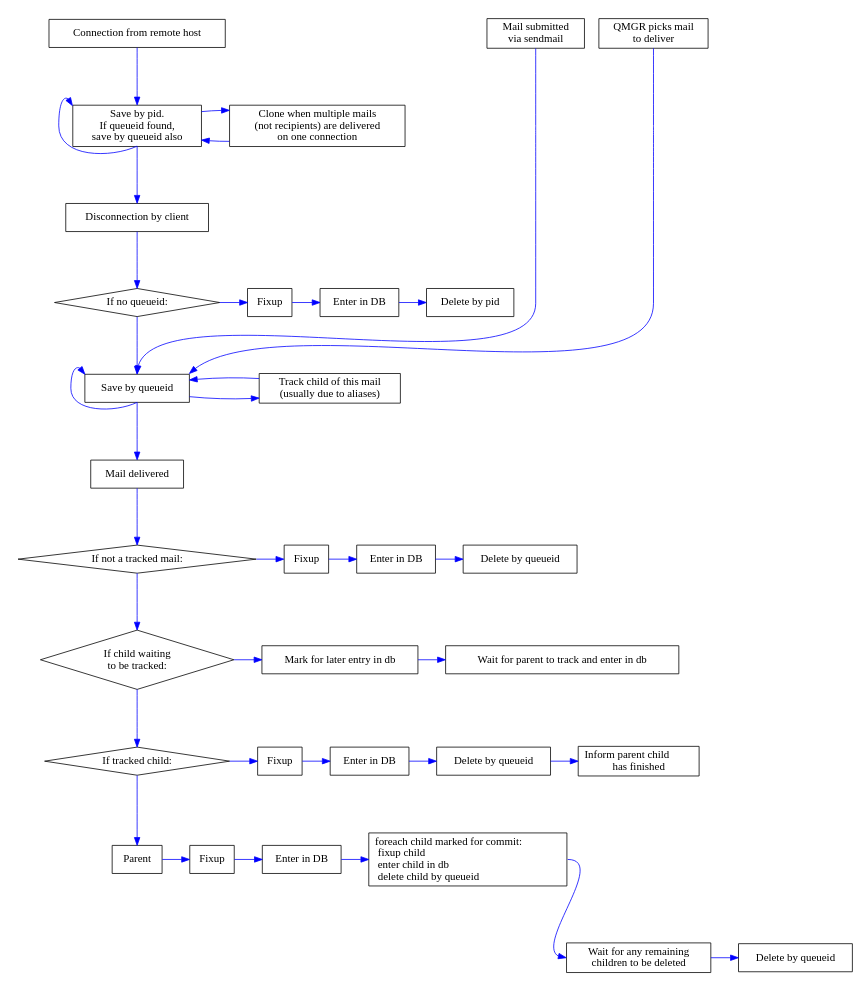
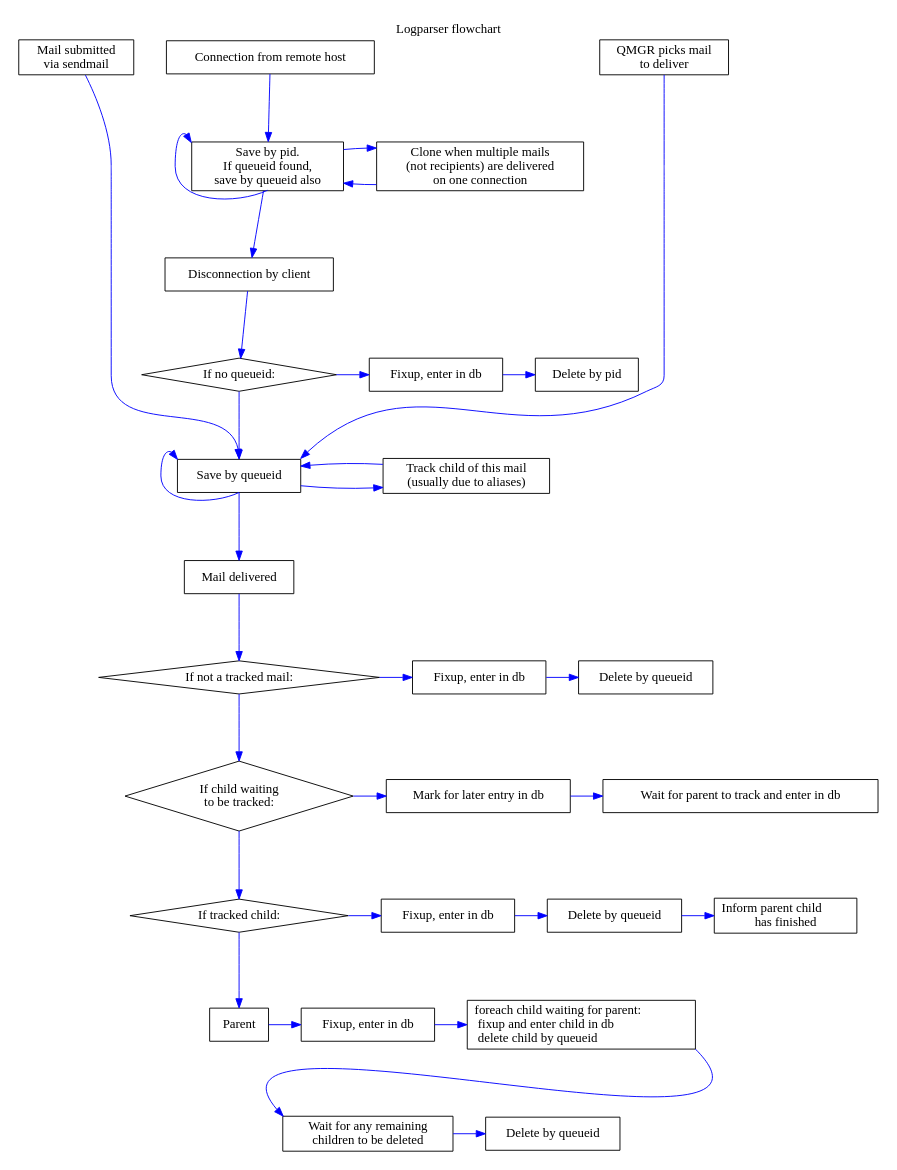
The diagram in doc/logparser-flow-chart.dot (tobinjt/ASO), drawn with Graphviz before and after one commit.

Commit message:
Merged fixup and enter in db nodes. Improved the layout slightly. Resized and fiddled with the layout until it fits nicely in a LaTeX page.

```diff
--- a/doc/logparser-flow-chart.dot
+++ b/doc/logparser-flow-chart.dot
@@ -1,180 +1,172 @@
 /* vim: set textwidth=160 : */
 /* $Id$ */
 
 digraph logparser {
     graph [
-        size = "5.8, 8.7"
+        size = "6.8, 8.0"
         margin = "0"
         center = true
+        label = "Logparser flowchart"
+        labelloc = "t"
     ]
     node [
         shape = box
     ]
     edge [
         color = blue
         fontcolor = red
         minlen = 2
     ]
 
     /* EDGES */
     /* Connect from client */
     connect                         -> { save_by_pid }
     save_by_pid                     -> { save_by_pid } [dir = back, headport = s, tailport = nw]
     save_by_pid                     -> { disconnect }
     clone                           -> { save_by_pid }
     save_by_pid                     -> { clone }
 
     /* Disconnect without queueid */
     disconnect                      -> { if_no_queueid }
-    if_no_queueid                   -> { fixup_disconnect }
-    fixup_disconnect                -> { enter_in_db_disconnect }
-    enter_in_db_disconnect          -> { delete_by_pid_disconnect }
+    if_no_queueid                   -> { fixup_enter_in_db_disconnect }
+    fixup_enter_in_db_disconnect    -> { delete_by_pid_disconnect }
 
     /* Disconnect with queueid */
     if_no_queueid                   -> { save_by_queueid } [weight = 5]
 
     /* Misc entry */
     pickup                          -> { save_by_queueid } [headport = n]
     qmgr_chooses_mail               -> { save_by_queueid } [headport = ne]
+    /* Graph placement */
+    connect                         -> { pickup } [style = invis, weight = 0]
+    connect                         -> { qmgr_chooses_mail } [style = invis, weight = 0]
 
     /* Save results by queueid */
     save_by_queueid                 -> { track } [minlen = 5]
     track                           -> { save_by_queueid }
     save_by_queueid                 -> { save_by_queueid } [dir = back, headport = s, tailport = nw]
     save_by_queueid                 -> { commit }
 
     /* Commit is complicated */
     /* Neither parent nor child. */
     commit                          -> { if_neither_parent_nor_child }
-    if_neither_parent_nor_child     -> { fixup_npc }
-    fixup_npc                       -> { enter_in_db_npc }
-    enter_in_db_npc                 -> { delete_npc }
+    if_neither_parent_nor_child     -> { fixup_enter_in_db_npc }
+    fixup_enter_in_db_npc           -> { delete_npc }
     /* Untracked child */
     if_neither_parent_nor_child     -> { if_untracked_child }
     if_untracked_child              -> { mark_for_commit }
     mark_for_commit                 -> { wait_for_parent_to_commit_me }
     if_untracked_child              -> { if_tracked_child }
     /* Tracked child */
-    if_tracked_child                -> { fixup_tc }
-    fixup_tc                        -> { enter_in_db_tc }
-    enter_in_db_tc                  -> { delete_tc }
+    if_tracked_child                -> { fixup_enter_in_db_tc }
+    fixup_enter_in_db_tc            -> { delete_tc }
     delete_tc                       -> { maybe_delete_parent }
     /* Parent */
     if_tracked_child                -> { parent }
-    parent                          -> { fixup_parent }
-    fixup_parent                    -> { enter_in_db_parent }
-//    enter_in_db_parent                    -> { wait_for_children_to_be_deleted } [style = invis]
-    enter_in_db_parent              -> { commit_children }
-    commit_children                 -> { wait_for_children_to_be_deleted } [headport = w, tailport = e]
+    parent                          -> { fixup_enter_in_db_parent }
+    fixup_enter_in_db_parent        -> { commit_children }
+    /* This next edge pulls wait_for_children_to_be_deleted leftwards */
+    fixup_enter_in_db_parent        -> { wait_for_children_to_be_deleted } [style = invis]
+    commit_children                 -> { wait_for_children_to_be_deleted } [headport = nw, tailport = se, weight = 0]
     wait_for_children_to_be_deleted -> { delete_parent }
 
     /* NODE LABELS */
     save_by_pid                     [label = "Save by pid.\nIf queueid found,\nsave by queueid also"]
     connect                         [label = "Connection from remote host"]
     clone                           [label = "Clone when multiple mails\n(not recipients) are delivered\non one connection"]
 
     /* Disconnect without queueid */
     disconnect                      [label = "Disconnection by client"]
     if_no_queueid                   [label = "If no queueid:", shape = diamond]
-    fixup_disconnect                [label = "Fixup"]
-    enter_in_db_disconnect          [label = "Enter in DB"]
+    fixup_enter_in_db_disconnect    [label = "Fixup, enter in db"]
     delete_by_pid_disconnect        [label = "Delete by pid"]
 
     /* Disconnect with queueid - already covered */
 
     /* Misc entry */
     pickup                          [label = "Mail submitted\nvia sendmail"]
     qmgr_chooses_mail               [label = "QMGR picks mail\nto deliver"]
 
     /* Save results by queueid */
     save_by_queueid                 [label = "Save by queueid"]
     track                           [label = "Track child of this mail\n(usually due to aliases)"]
 
     /* Commit is complicated */
     /* Neither parent nor child. */
     commit                          [label = "Mail delivered"]
     if_neither_parent_nor_child     [label = "If not a tracked mail:", shape = diamond]
-    fixup_npc                       [label = "Fixup"]
-    enter_in_db_npc                 [label = "Enter in DB"]
+    fixup_enter_in_db_npc           [label = "Fixup, enter in db"]
     delete_npc                      [label = "Delete by queueid"]
 
     /* Untracked child */
     if_untracked_child              [label = "If child waiting\nto be tracked:", shape = diamond]
     mark_for_commit                 [label = "Mark for later entry in db"]
     wait_for_parent_to_commit_me    [label = "Wait for parent to track and enter in db"]
 
     /* Tracked child */
     if_tracked_child                [label = "If tracked child:", shape = diamond]
-    fixup_tc                        [label = "Fixup"]
-    enter_in_db_tc                  [label = "Enter in DB"]
+    fixup_enter_in_db_tc            [label = "Fixup, enter in db"]
     delete_tc                       [label = "Delete by queueid"]
     maybe_delete_parent             [label = "Inform parent child\lhas finished"]
 
     /* Parent */
     parent                          [label = "Parent"]
-    fixup_parent                    [label = "Fixup"]
-    enter_in_db_parent              [label = "Enter in DB"]
-    commit_children                 [label = "foreach child marked for commit:\l  fixup child\l  enter child in db\l  delete child by queueid\l", labeljust = l]
+    fixup_enter_in_db_parent        [label = "Fixup, enter in db"]
+    commit_children                 [label = "foreach child waiting for parent:\l  fixup and enter child in db\l  delete child by queueid\l", labeljust = l]
     delete_parent                   [label = "Delete by queueid"]
     wait_for_children_to_be_deleted [label = "Wait for any remaining \nchildren to be deleted"]
 
     /* SUB-GRAPHS */
     subgraph sources {
         rank = source
         pickup
         qmgr_chooses_mail
         connect
     }
     subgraph clone_or_save {
         rank = same
         clone
         save_by_pid
     }
     subgraph disconnect_without_queueid {
         rank = same
         if_no_queueid
-        fixup_disconnect
-        enter_in_db_disconnect
+        fixup_enter_in_db_disconnect
         delete_by_pid_disconnect
     }
     subgraph save_or_track {
         rank = same
         track
         save_by_queueid
     }
     subgraph not_tracked {
         rank = same
         if_neither_parent_nor_child
-        fixup_npc
-        enter_in_db_npc
+        fixup_enter_in_db_npc
         delete_npc
     }
     subgraph untracked_child {
         rank = same
         if_untracked_child
         mark_for_commit
         wait_for_parent_to_commit_me
     }
     subgraph tracked_child {
         rank = same
         if_tracked_child
-        fixup_tc
-        enter_in_db_tc
+        fixup_enter_in_db_tc
         delete_tc
         maybe_delete_parent
     }
     subgraph parent {
         rank = same
         parent
-        fixup_parent
-        enter_in_db_parent
+        fixup_enter_in_db_parent
         commit_children
     }
     subgraph parent_waiting {
         rank = same
         wait_for_children_to_be_deleted
         delete_parent
     }
-
-
 }
```
